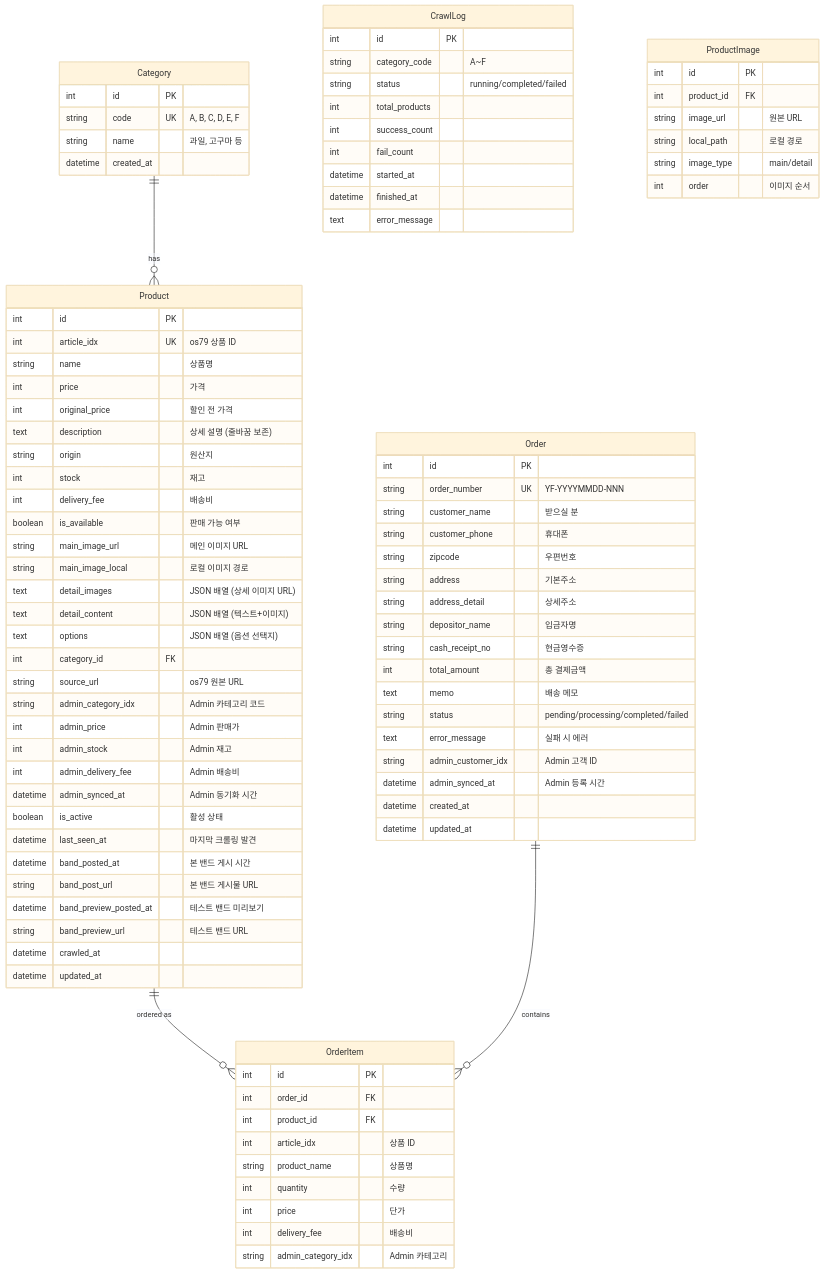
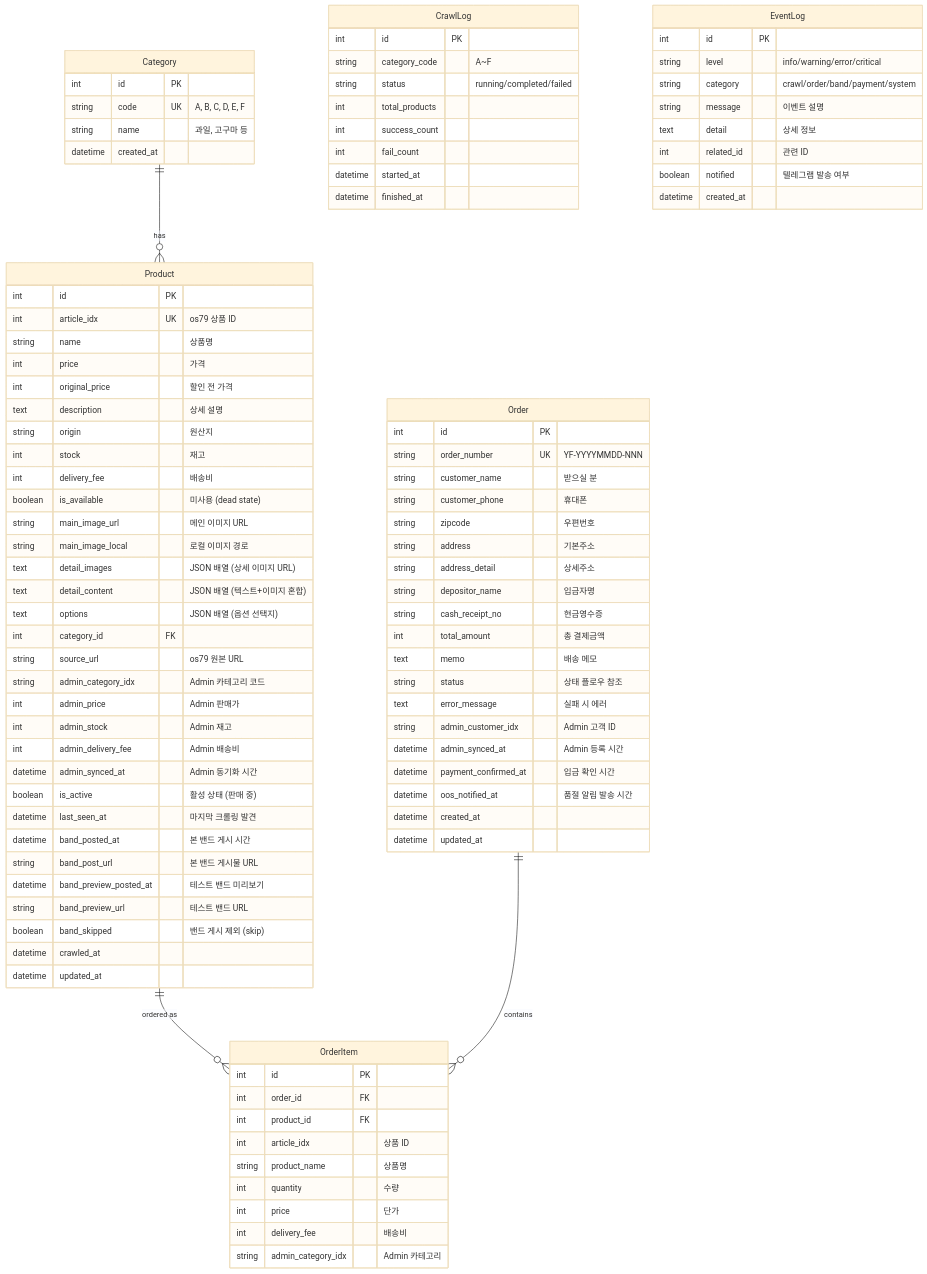
One commit to Yejinius/Fruits_final changed the sixth of 7 diagrams in PROJECT_DOCUMENTATION.md. Above: the diagram before and after it, drawn with Mermaid (base theme). The commit also changed other lines of this file, not shown here.

````diff
--- a/PROJECT_DOCUMENTATION.md
+++ b/PROJECT_DOCUMENTATION.md
@@ -280,15 +310,15 @@
         string name "상품명"
         int price "가격"
         int original_price "할인 전 가격"
-        text description "상세 설명 (줄바꿈 보존)"
+        text description "상세 설명"
         string origin "원산지"
         int stock "재고"
         int delivery_fee "배송비"
-        boolean is_available "판매 가능 여부"
+        boolean is_available "미사용 (dead state)"
         string main_image_url "메인 이미지 URL"
         string main_image_local "로컬 이미지 경로"
         text detail_images "JSON 배열 (상세 이미지 URL)"
-        text detail_content "JSON 배열 (텍스트+이미지)"
+        text detail_content "JSON 배열 (텍스트+이미지 혼합)"
         text options "JSON 배열 (옵션 선택지)"
         int category_id FK
         string source_url "os79 원본 URL"
@@ -297,12 +327,13 @@
         int admin_stock "Admin 재고"
         int admin_delivery_fee "Admin 배송비"
         datetime admin_synced_at "Admin 동기화 시간"
-        boolean is_active "활성 상태"
+        boolean is_active "활성 상태 (판매 중)"
         datetime last_seen_at "마지막 크롤링 발견"
         datetime band_posted_at "본 밴드 게시 시간"
         string band_post_url "본 밴드 게시물 URL"
         datetime band_preview_posted_at "테스트 밴드 미리보기"
         string band_preview_url "테스트 밴드 URL"
+        boolean band_skipped "밴드 게시 제외 (skip)"
         datetime crawled_at
         datetime updated_at
     }
@@ -319,10 +350,12 @@
         string cash_receipt_no "현금영수증"
         int total_amount "총 결제금액"
         text memo "배송 메모"
-        string status "pending/processing/completed/failed"
+        string status "상태 플로우 참조"
         text error_message "실패 시 에러"
         string admin_customer_idx "Admin 고객 ID"
         datetime admin_synced_at "Admin 등록 시간"
+        datetime payment_confirmed_at "입금 확인 시간"
+        datetime oos_notified_at "품절 알림 발송 시간"
         datetime created_at
         datetime updated_at
     }
@@ -348,15 +381,16 @@
         int fail_count
         datetime started_at
         datetime finished_at
-        text error_message
     }
 
-    ProductImage {
+    EventLog {
         int id PK
-        int product_id FK
-        string image_url "원본 URL"
-        string local_path "로컬 경로"
-        string image_type "main/detail"
-        int order "이미지 순서"
+        string level "info/warning/error/critical"
+        string category "crawl/order/band/payment/system"
+        string message "이벤트 설명"
+        text detail "상세 정보"
+        int related_id "관련 ID"
+        boolean notified "텔레그램 발송 여부"
+        datetime created_at
     }
 ```
````
